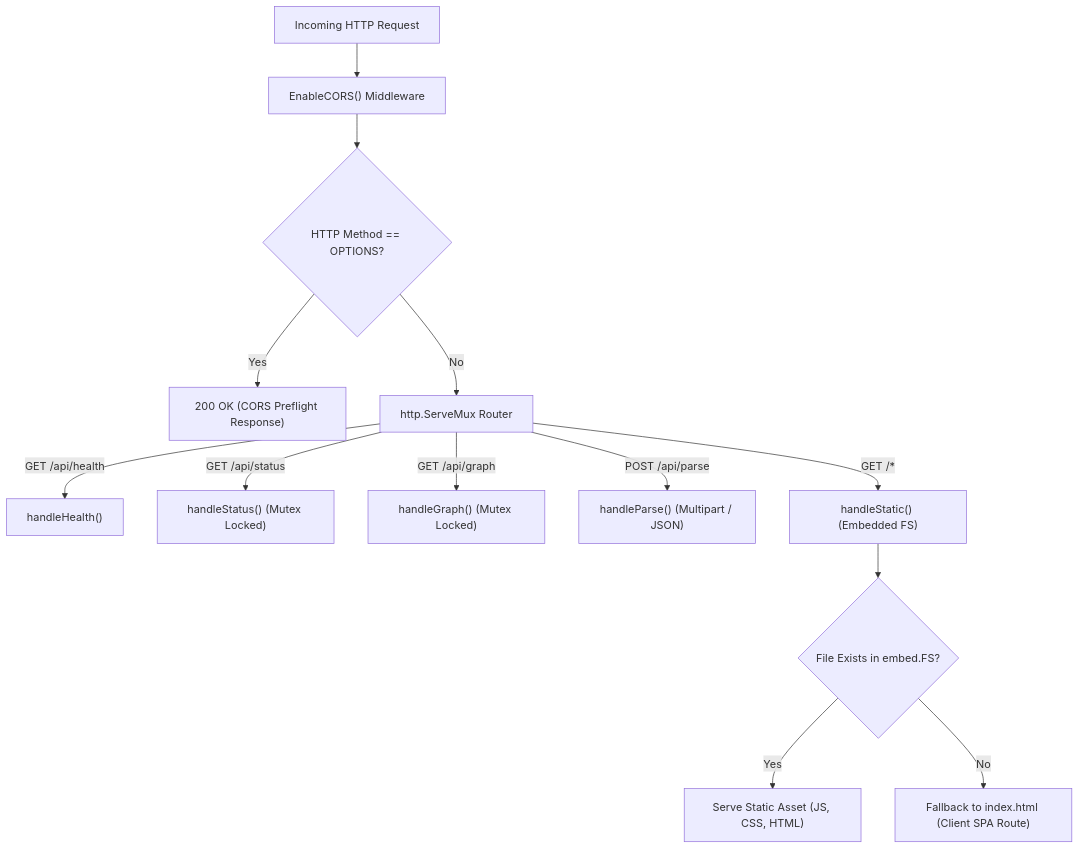
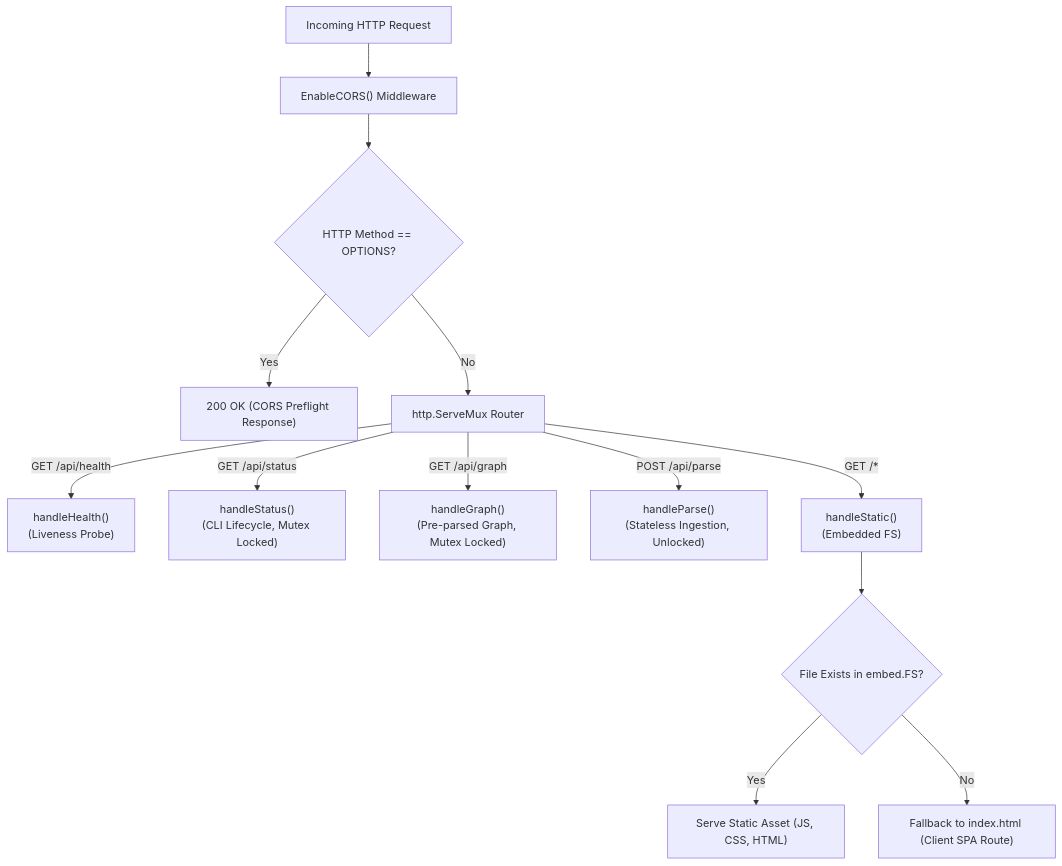
Before and after one commit to AatirNadim/plan-parse: the first of 3 diagrams in pkg/server/README.md, drawn with Mermaid. The commit also changed other lines of this file and 6 other files, not shown here.

First line of the commit message:
refactor: Revamp UI documentation and component architecture for Developer Workbench

````diff
--- a/pkg/server/README.md
+++ b/pkg/server/README.md
@@ -21,17 +21,17 @@
 ```mermaid
 flowchart TD
     Req["Incoming HTTP Request"] --> CORS["EnableCORS() Middleware"]
     CORS --> MethodCheck{"HTTP Method == OPTIONS?"}
     MethodCheck -->|Yes| Preflight["200 OK (CORS Preflight Response)"]
     MethodCheck -->|No| Router["http.ServeMux Router"]
 
-    Router -->|GET /api/health| Health["handleHealth()"]
-    Router -->|GET /api/status| Status["handleStatus() (Mutex Locked)"]
-    Router -->|GET /api/graph| Graph["handleGraph() (Mutex Locked)"]
-    Router -->|POST /api/parse| Parse["handleParse() (Multipart / JSON)"]
-    Router -->|GET /*| Static["handleStatic() (Embedded FS)"]
+    Router -->|GET /api/health| Health["handleHealth()<br/>(Liveness Probe)"]
+    Router -->|GET /api/status| Status["handleStatus()<br/>(CLI Lifecycle, Mutex Locked)"]
+    Router -->|GET /api/graph| Graph["handleGraph()<br/>(Pre-parsed Graph, Mutex Locked)"]
+    Router -->|POST /api/parse| Parse["handleParse()<br/>(Stateless Ingestion, Unlocked)"]
+    Router -->|GET /*| Static["handleStatic()<br/>(Embedded FS)"]
 
     Static --> FileExists{"File Exists in embed.FS?"}
     FileExists -->|Yes| ServeFile["Serve Static Asset (JS, CSS, HTML)"]
     FileExists -->|No| Fallback["Fallback to index.html (Client SPA Route)"]
 ```
````
